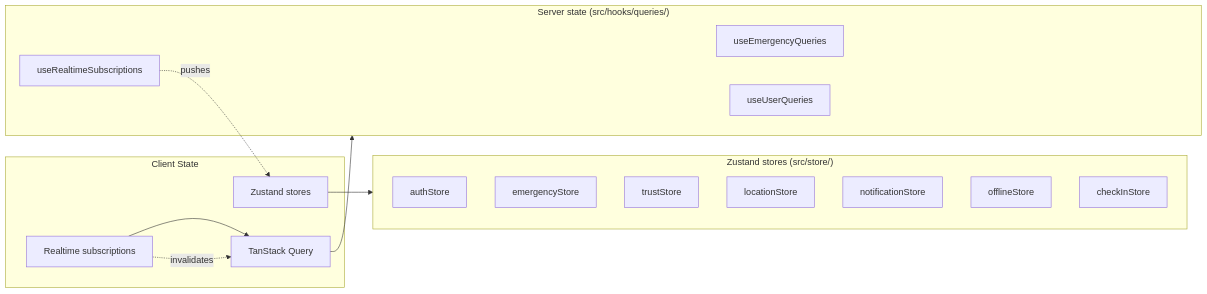
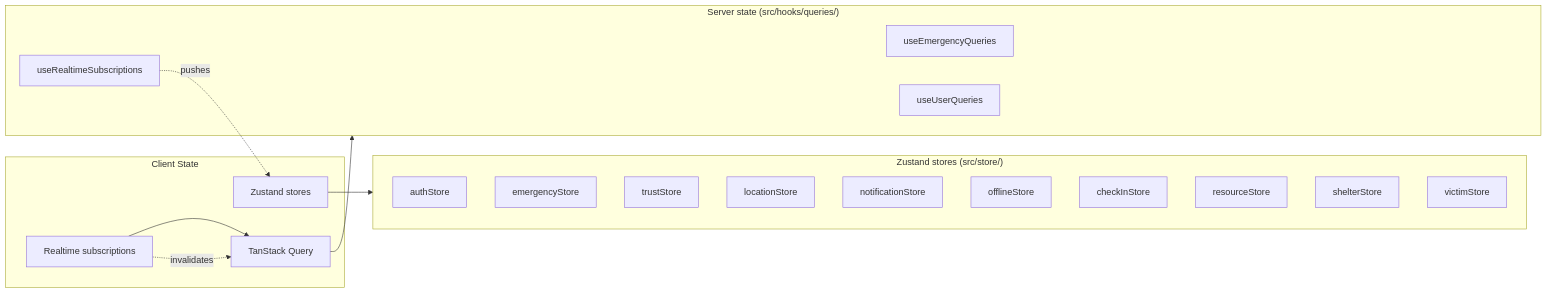
Before and after one commit to alencheung/openrelief: the fourth of 6 diagrams in docs/architecture/system-diagrams.md, drawn with Mermaid. The commit also changed other lines of this file and 19 other files, not shown here.

````diff
--- a/docs/architecture/system-diagrams.md
+++ b/docs/architecture/system-diagrams.md
@@ -120,30 +120,33 @@
 ```mermaid
 graph LR
     subgraph Client["Client State"]
         Z[Zustand stores]
         TQ[TanStack Query]
         RT[Realtime subscriptions]
     end
 
     subgraph Stores["Zustand stores (src/store/)"]
         Z1[authStore]
         Z2[emergencyStore]
         Z3[trustStore]
         Z4[locationStore]
         Z5[notificationStore]
         Z6[offlineStore]
         Z7[checkInStore]
+        Z8[resourceStore]
+        Z9[shelterStore]
+        Z10[victimStore]
     end
 
     subgraph Queries["Server state (src/hooks/queries/)"]
         Q1[useEmergencyQueries]
         Q2[useUserQueries]
         Q3[useRealtimeSubscriptions]
     end
 
     Z --> Stores
     TQ --> Queries
     RT --> TQ
     RT -.->|invalidates| TQ
     Q3 -.->|pushes| Z
 ```
````
